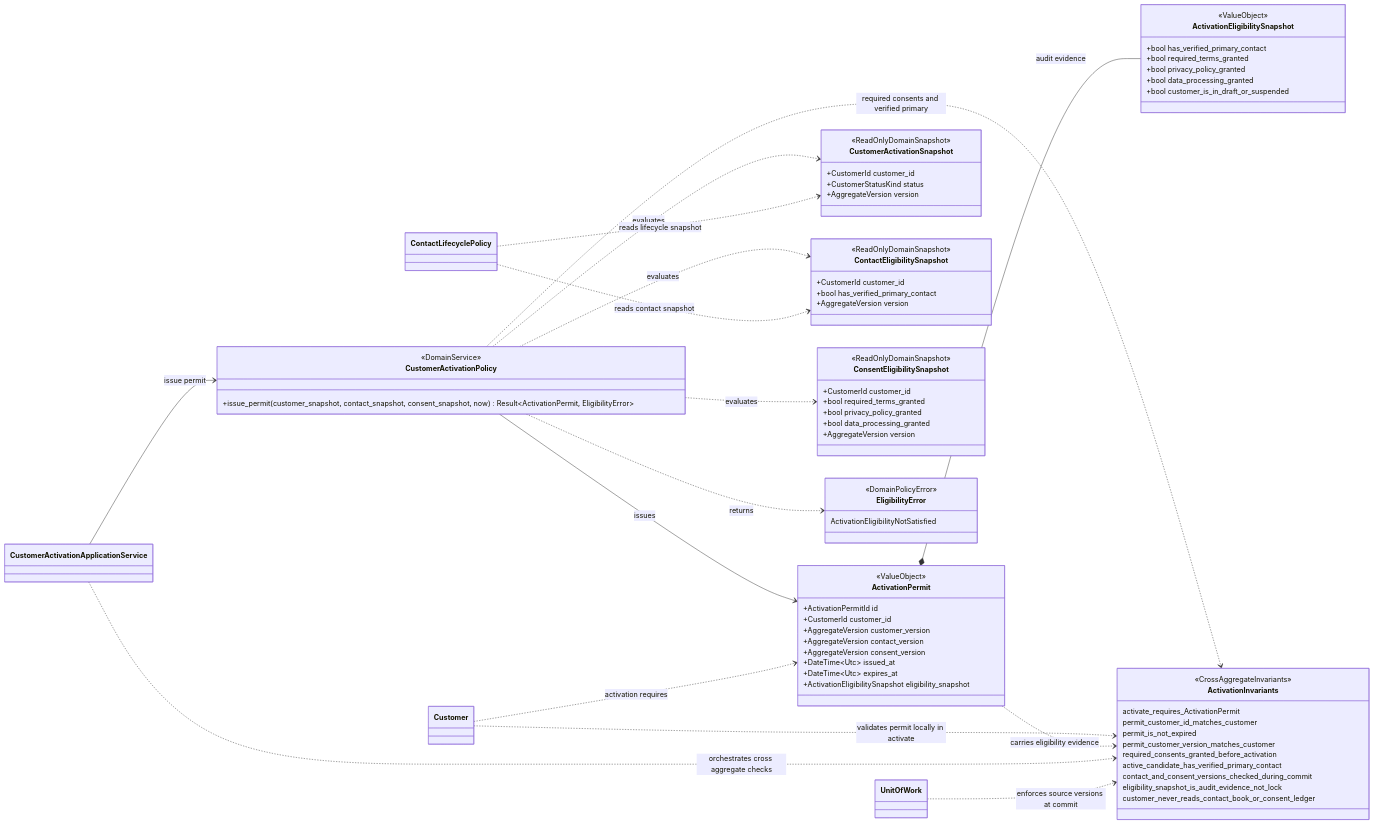
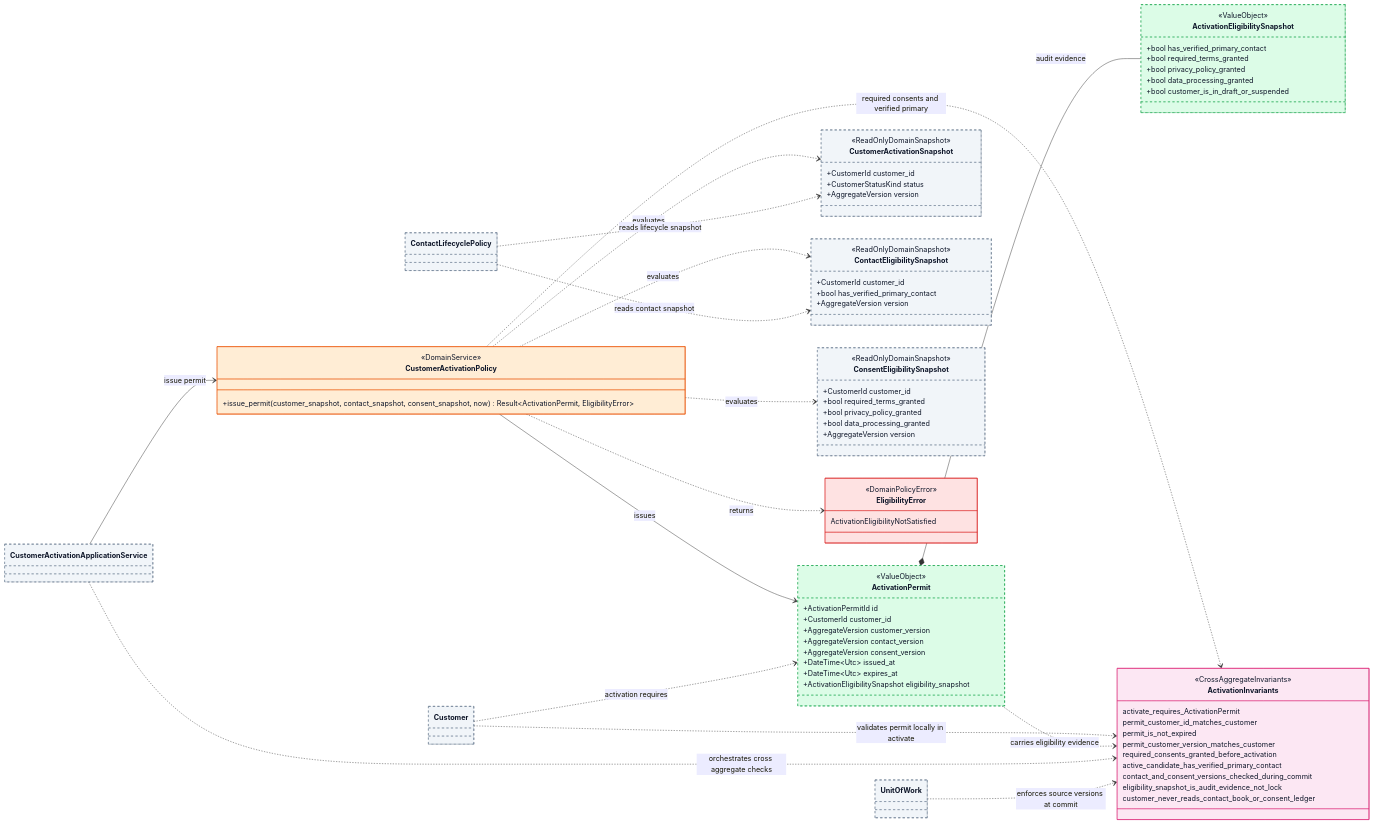
One commit to DeathRustZzZ/PitGO changed the diagram in docs/domain/customer/diagrams/07-activation-flow.mmd. Above: the diagram before and after it, drawn with Mermaid. The commit also changed 18 other files, not shown here.

Commit message:
docs(customer): add style guide, refresh diagrams, add project docs

```diff
--- a/docs/domain/customer/diagrams/07-activation-flow.mmd
+++ b/docs/domain/customer/diagrams/07-activation-flow.mmd
@@ -1,92 +1,105 @@
 %% Activation policy and permit diagram.
 %% Source of truth: ../customer.md
 %% This file physically copies only the Activation Flow, Policies, and
 %% Snapshot slice.
 %% External entities are referenced by links only and remain defined in the
 %% source schema until their own detailed diagram files are populated.
 
 classDiagram
     direction LR
 
     class ActivationPermit {
         <<ValueObject>>
         +ActivationPermitId id
         +CustomerId customer_id
         +AggregateVersion customer_version
         +AggregateVersion contact_version
         +AggregateVersion consent_version
         +DateTime~Utc~ issued_at
         +DateTime~Utc~ expires_at
         +ActivationEligibilitySnapshot eligibility_snapshot
     }
 
     class ActivationEligibilitySnapshot {
         <<ValueObject>>
         +bool has_verified_primary_contact
         +bool required_terms_granted
         +bool privacy_policy_granted
         +bool data_processing_granted
         +bool customer_is_in_draft_or_suspended
     }
 
     %% Customer aggregate never reads other aggregates.
     %% CustomerActivationPolicy validates eligibility and issues permit only.
     class CustomerActivationPolicy {
         <<DomainService>>
         +issue_permit(customer_snapshot, contact_snapshot, consent_snapshot, now) Result~ActivationPermit, EligibilityError~
     }
     class CustomerActivationSnapshot {
         <<ReadOnlyDomainSnapshot>>
         +CustomerId customer_id
         +CustomerStatusKind status
         +AggregateVersion version
     }
     class ContactEligibilitySnapshot {
         <<ReadOnlyDomainSnapshot>>
         +CustomerId customer_id
         +bool has_verified_primary_contact
         +AggregateVersion version
     }
     class ConsentEligibilitySnapshot {
         <<ReadOnlyDomainSnapshot>>
         +CustomerId customer_id
         +bool required_terms_granted
         +bool privacy_policy_granted
         +bool data_processing_granted
         +AggregateVersion version
     }
 
     %% Cross-aggregate invariants are enforced by ApplicationService / Policy / UnitOfWork.
     class ActivationInvariants {
         <<CrossAggregateInvariants>>
         activate_requires_ActivationPermit
         permit_customer_id_matches_customer
         permit_is_not_expired
         permit_customer_version_matches_customer
         required_consents_granted_before_activation
         active_candidate_has_verified_primary_contact
         contact_and_consent_versions_checked_during_commit
         eligibility_snapshot_is_audit_evidence_not_lock
         customer_never_reads_contact_book_or_consent_ledger
     }
 
     class EligibilityError {
         <<DomainPolicyError>>
         ActivationEligibilityNotSatisfied
     }
 
     ActivationPermit *-- ActivationEligibilitySnapshot : audit evidence
     CustomerActivationPolicy ..> CustomerActivationSnapshot : evaluates
     CustomerActivationPolicy ..> ContactEligibilitySnapshot : evaluates
     CustomerActivationPolicy ..> ConsentEligibilitySnapshot : evaluates
     CustomerActivationPolicy --> ActivationPermit : issues
     CustomerActivationPolicy ..> EligibilityError : returns
     CustomerActivationPolicy ..> ActivationInvariants : required consents and verified primary
     Customer ..> ActivationPermit : activation requires
     Customer ..> ActivationInvariants : validates permit locally in activate
     ActivationPermit ..> ActivationInvariants : carries eligibility evidence
     CustomerActivationApplicationService --> CustomerActivationPolicy : issue permit
     CustomerActivationApplicationService ..> ActivationInvariants : orchestrates cross aggregate checks
     ContactLifecyclePolicy ..> CustomerActivationSnapshot : reads lifecycle snapshot
     ContactLifecyclePolicy ..> ContactEligibilitySnapshot : reads contact snapshot
     UnitOfWork ..> ActivationInvariants : enforces source versions at commit
+
+    style ActivationEligibilitySnapshot fill:#DCFCE7,stroke:#16A34A,stroke-dasharray:5 5,color:#0F172A
+    style ActivationPermit fill:#DCFCE7,stroke:#16A34A,stroke-dasharray:5 5,color:#0F172A
+    style EligibilityError fill:#FEE2E2,stroke:#DC2626,color:#0F172A
+    style CustomerActivationPolicy fill:#FFEDD5,stroke:#EA580C,color:#0F172A
+    style ActivationInvariants fill:#FCE7F3,stroke:#DB2777,color:#0F172A
+    style ConsentEligibilitySnapshot fill:#F1F5F9,stroke:#64748B,stroke-dasharray:5 5,color:#0F172A
+    style ContactEligibilitySnapshot fill:#F1F5F9,stroke:#64748B,stroke-dasharray:5 5,color:#0F172A
+    style ContactLifecyclePolicy fill:#F1F5F9,stroke:#64748B,stroke-dasharray:5 5,color:#0F172A
+    style Customer fill:#F1F5F9,stroke:#64748B,stroke-dasharray:5 5,color:#0F172A
+    style CustomerActivationApplicationService fill:#F1F5F9,stroke:#64748B,stroke-dasharray:5 5,color:#0F172A
+    style CustomerActivationSnapshot fill:#F1F5F9,stroke:#64748B,stroke-dasharray:5 5,color:#0F172A
+    style UnitOfWork fill:#F1F5F9,stroke:#64748B,stroke-dasharray:5 5,color:#0F172A
```
